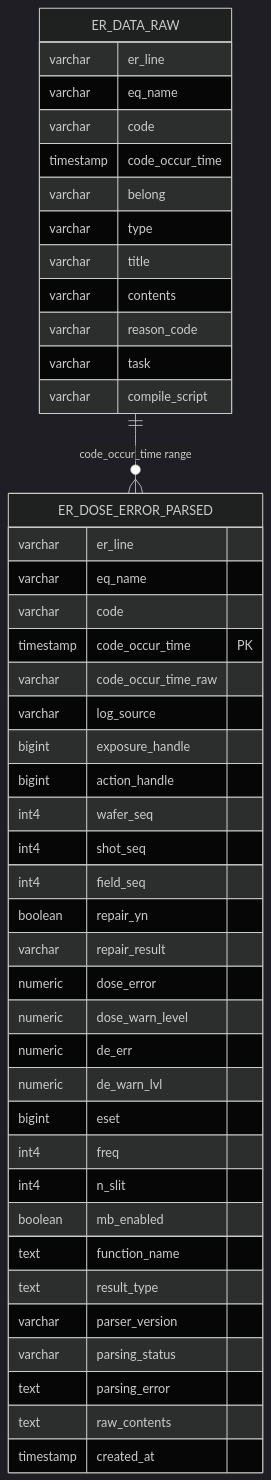
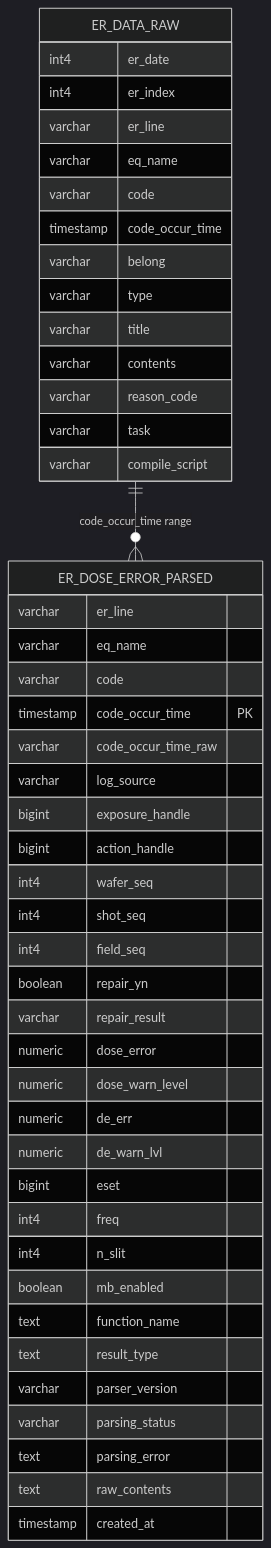
One commit to junho0831/PythonStudy changed the diagram in ER_DOSE_ERROR.md. Above: the diagram before and after it, drawn with Mermaid (dark theme). The commit also changed other lines of this file and 7 other files, not shown here.

Commit message:
공통 배치 진입점 및 테스트 추가: - `batch_main/main.py`: `BATCH_TARGET` 환경변수 기반 실행 분기 (RBI 배치 및 ER Dose 배치 처리 로직) - `batch_main/__init__.py`: 패키지 초기화 - `main.py`: 진입점 래퍼 (SystemExit으로 실행 종료) - `tests/test_main.py`: 주요 실행 로직 및 입력 조건에 대한 단위 테스트 구현 - `README.md` 업데이트: 실행 규칙 및 환경변수 명세 추가

````diff
--- a/ER_DOSE_ERROR.md
+++ b/ER_DOSE_ERROR.md
@@ -16,49 +16,51 @@
 ```mermaid
 erDiagram
     ER_DATA_RAW ||--o{ ER_DOSE_ERROR_PARSED : "code_occur_time range"
 
     ER_DATA_RAW {
+        int4 er_date
+        int4 er_index
         varchar er_line
         varchar eq_name
         varchar code
         timestamp code_occur_time
         varchar belong
         varchar type
         varchar title
         varchar contents
         varchar reason_code
         varchar task
         varchar compile_script
     }
 
     ER_DOSE_ERROR_PARSED {
         varchar er_line
         varchar eq_name
         varchar code
         timestamp code_occur_time PK
         varchar code_occur_time_raw
         varchar log_source
         bigint exposure_handle
         bigint action_handle
         int4 wafer_seq
         int4 shot_seq
         int4 field_seq
         boolean repair_yn
         varchar repair_result
         numeric dose_error
         numeric dose_warn_level
         numeric de_err
         numeric de_warn_lvl
         bigint eset
         int4 freq
         int4 n_slit
         boolean mb_enabled
         text function_name
         text result_type
         varchar parser_version
         varchar parsing_status
         text parsing_error
         text raw_contents
         timestamp created_at
     }
 ```
````
